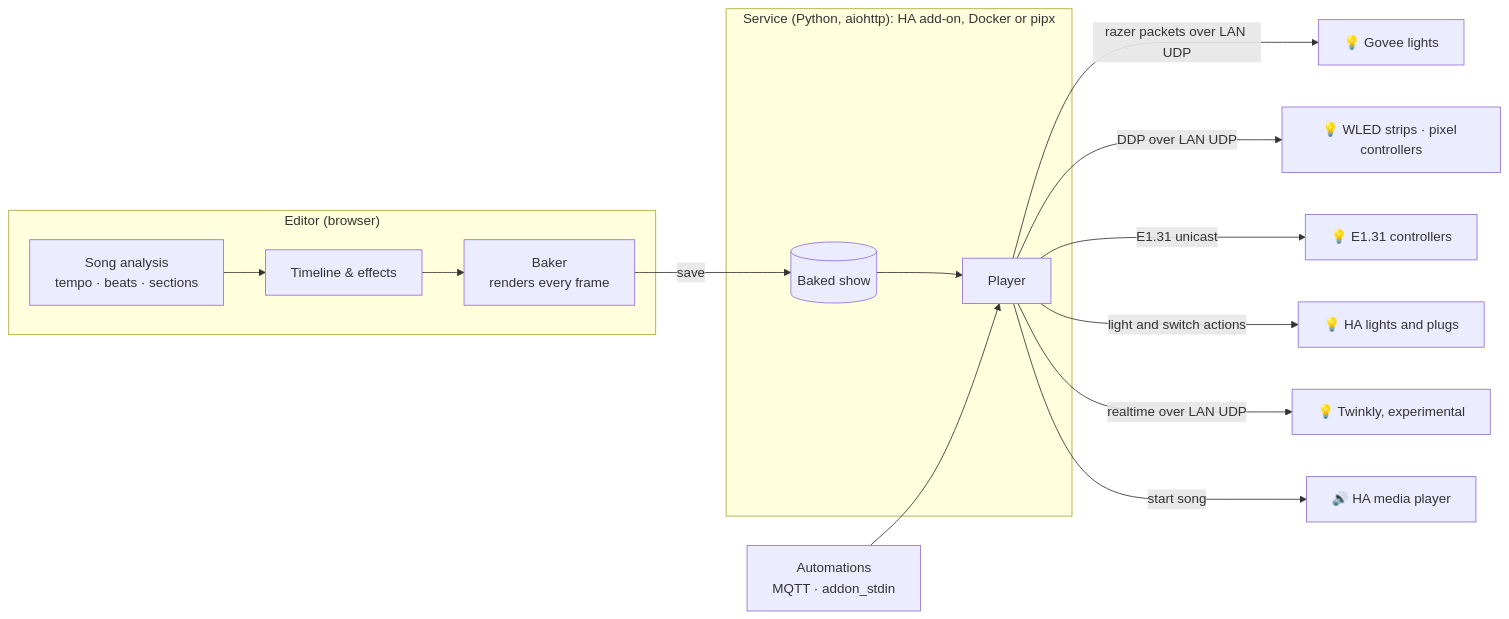
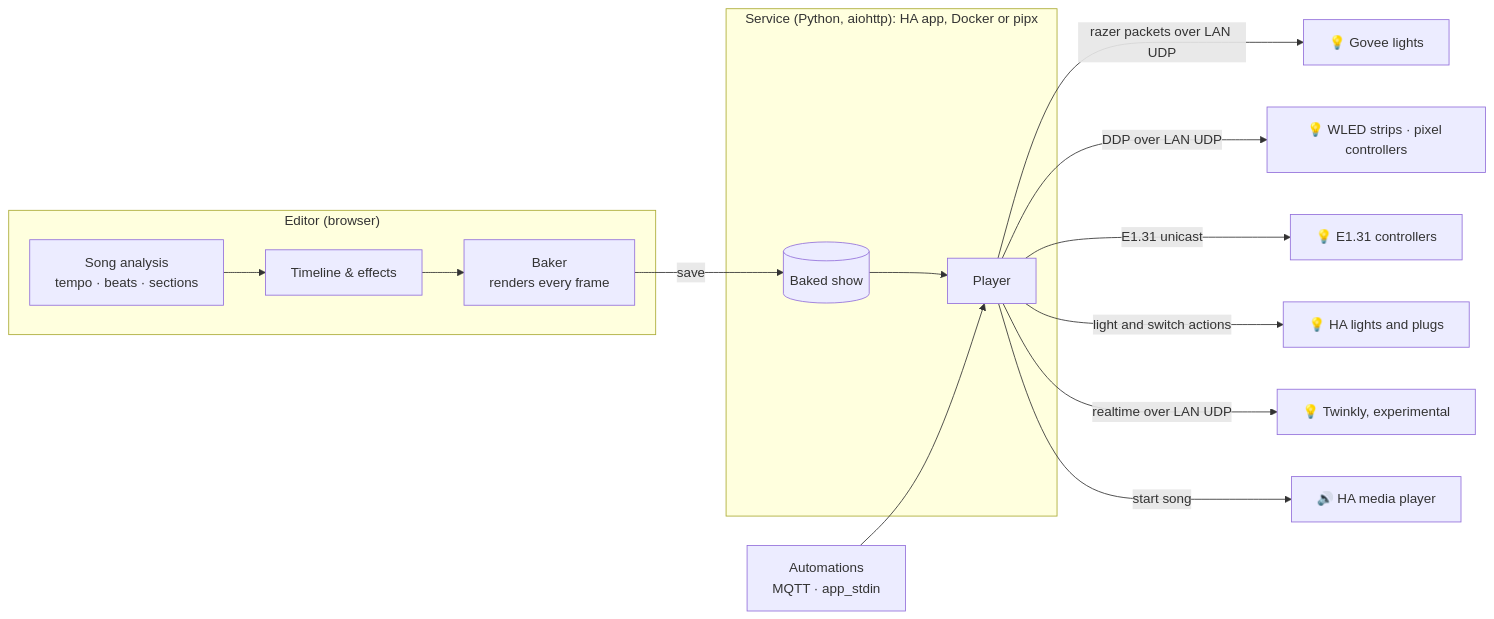
One commit to gavin-vbmedia/govee-ha-show changed the diagram in README.md. Above: the diagram before and after it, drawn with Mermaid. The commit also changed other lines of this file and 17 other files, not shown here.

````diff
--- a/README.md
+++ b/README.md
@@ -194,18 +196,18 @@
 ```mermaid
 flowchart LR
     subgraph Browser["Editor (browser)"]
         A[Song analysis<br/>tempo · beats · sections] --> B[Timeline &amp; effects]
         B --> C[Baker<br/>renders every frame]
     end
-    subgraph Addon["Service (Python, aiohttp): HA add-on, Docker or pipx"]
+    subgraph Addon["Service (Python, aiohttp): HA app, Docker or pipx"]
         D[(Baked show)] --> E[Player]
     end
     C -- save --> D
     E -- "razer packets over LAN UDP" --> F[💡 Govee lights]
     E -- "DDP over LAN UDP" --> W[💡 WLED strips · pixel controllers]
     E -- "E1.31 unicast" --> X[💡 E1.31 controllers]
     E -- "light and switch actions" --> Y[💡 HA lights and plugs]
     E -- "realtime over LAN UDP" --> Z[💡 Twinkly, experimental]
     E -- "start song" --> G[🔊 HA media player]
-    H[Automations<br/>MQTT · addon_stdin] --> E
+    H[Automations<br/>MQTT · app_stdin] --> E
 ```
````
